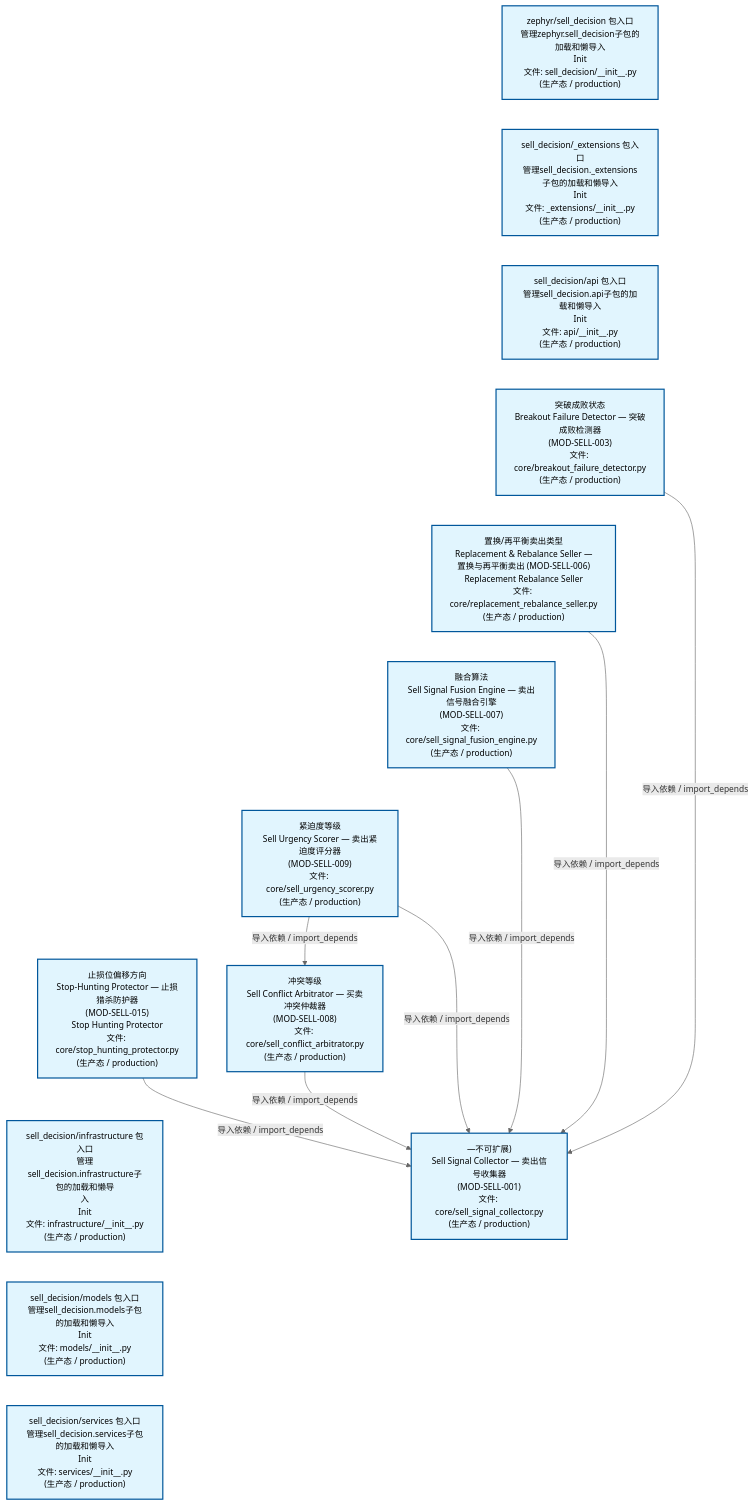
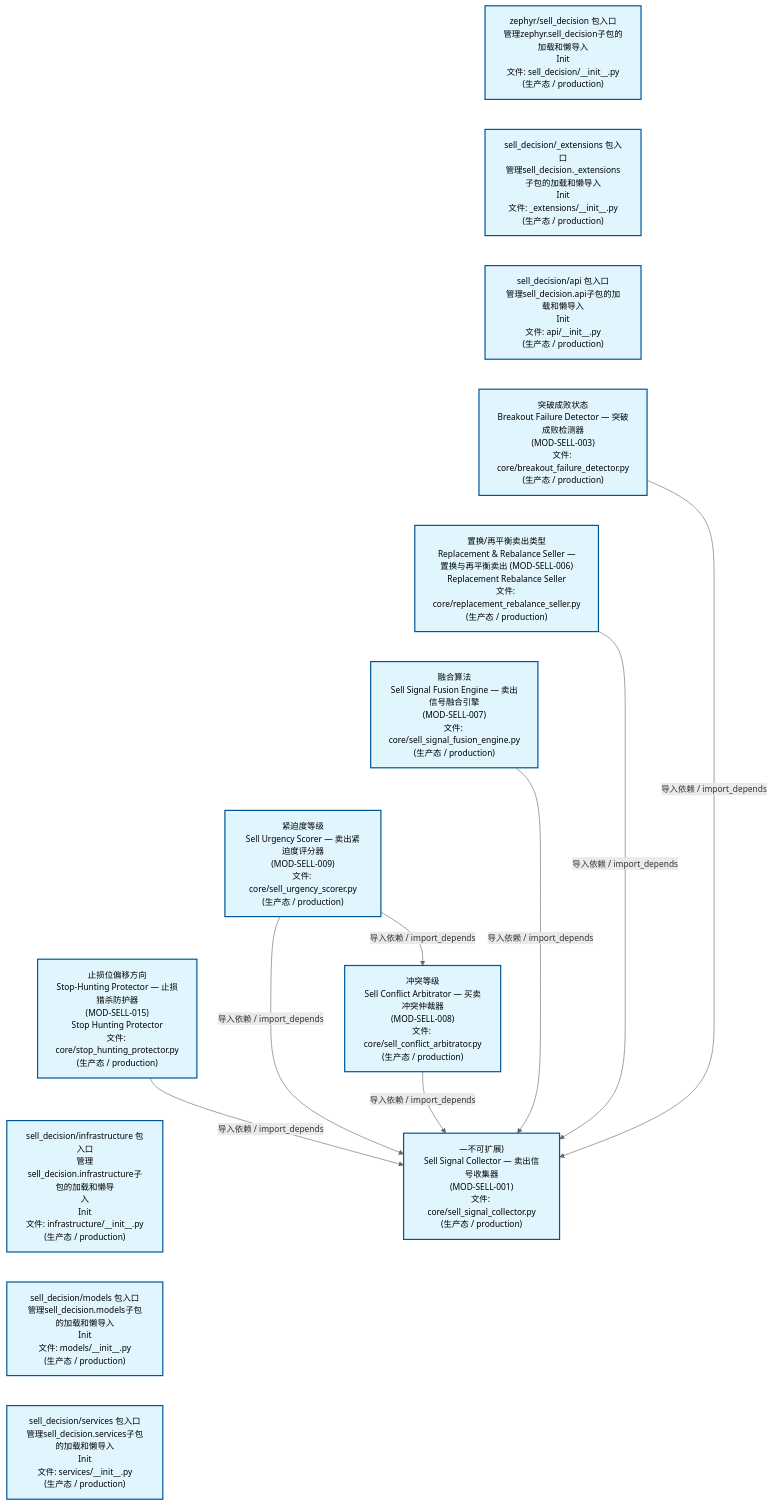
The second of 4 diagrams in docs/02_enterprise_architecture/02_domain_architecture_docs/67_d_sell_decision.md (xuanFelixVan/ZephyrAlpha), drawn with Mermaid before and after one commit. The commit also changed other lines of this file and 42 other files, not shown here.

````diff
--- a/docs/02_enterprise_architecture/02_domain_architecture_docs/67_d_sell_decision.md
+++ b/docs/02_enterprise_architecture/02_domain_architecture_docs/67_d_sell_decision.md
@@ -150,39 +150,39 @@
 ```mermaid
 %%{init: {'theme': 'base', 'themeVariables': {'primaryColor': '#eaeaea', 'primaryTextColor': '#333333', 'primaryBorderColor': '#666666', 'lineColor': '#666666', 'secondaryColor': '#eaeaea', 'tertiaryColor': '#eaeaea', 'fontSize': '14px'}}}%%
 flowchart TD
     src_zephyr_sell_decision_init_py["zephyr/sell_decision 包入口<br/>管理zephyr.sell_decision子包的加载和懒导入<br/>Init<br/>文件: sell_decision/__init__.py<br/>(生产态 / production)"]
     src_zephyr_sell_decision_extensions_init_py["sell_decision/_extensions 包入口<br/>管理sell_decision._extensions子包的加载和懒导入<br/>Init<br/>文件: _extensions/__init__.py<br/>(生产态 / production)"]
     src_zephyr_sell_decision_api_init_py["sell_decision/api 包入口<br/>管理sell_decision.api子包的加载和懒导入<br/>Init<br/>文件: api/__init__.py<br/>(生产态 / production)"]
     src_zephyr_sell_decision_core_breakout_failure_detector_py["突破成败状态<br/>Breakout Failure Detector — 突破成败检测器<br/>(MOD-SELL-003)<br/>文件: core/breakout_failure_detector.py<br/>(生产态 / production)"]
     src_zephyr_sell_decision_core_replacement_rebalance_seller_py["置换/再平衡卖出类型<br/>Replacement & Rebalance Seller —<br/>置换与再平衡卖出 (MOD-SELL-006)<br/>Replacement Rebalance Seller<br/>文件: core/replacement_rebalance_seller.py<br/>(生产态 / production)"]
     src_zephyr_sell_decision_core_sell_signal_fusion_engine_py["融合算法<br/>Sell Signal Fusion Engine — 卖出信号融合引擎<br/>(MOD-SELL-007)<br/>文件: core/sell_signal_fusion_engine.py<br/>(生产态 / production)"]
     src_zephyr_sell_decision_core_sell_urgency_scorer_py["紧迫度等级<br/>Sell Urgency Scorer — 卖出紧迫度评分器<br/>(MOD-SELL-009)<br/>文件: core/sell_urgency_scorer.py<br/>(生产态 / production)"]
     src_zephyr_sell_decision_core_stop_hunting_protector_py["止损位偏移方向<br/>Stop-Hunting Protector — 止损猎杀防护器<br/>(MOD-SELL-015)<br/>Stop Hunting Protector<br/>文件: core/stop_hunting_protector.py<br/>(生产态 / production)"]
     src_zephyr_sell_decision_infrastructure_init_py["sell_decision/infrastructure 包入口<br/>管理sell_decision.infrastructure子包的加载和懒导<br/>入<br/>Init<br/>文件: infrastructure/__init__.py<br/>(生产态 / production)"]
     src_zephyr_sell_decision_models_init_py["sell_decision/models 包入口<br/>管理sell_decision.models子包的加载和懒导入<br/>Init<br/>文件: models/__init__.py<br/>(生产态 / production)"]
     src_zephyr_sell_decision_services_init_py["sell_decision/services 包入口<br/>管理sell_decision.services子包的加载和懒导入<br/>Init<br/>文件: services/__init__.py<br/>(生产态 / production)"]
     src_zephyr_sell_decision_init_py ~~~ src_zephyr_sell_decision_extensions_init_py
     src_zephyr_sell_decision_extensions_init_py ~~~ src_zephyr_sell_decision_api_init_py
     src_zephyr_sell_decision_api_init_py ~~~ src_zephyr_sell_decision_core_breakout_failure_detector_py
     src_zephyr_sell_decision_core_breakout_failure_detector_py ~~~ src_zephyr_sell_decision_core_replacement_rebalance_seller_py
     src_zephyr_sell_decision_core_replacement_rebalance_seller_py ~~~ src_zephyr_sell_decision_core_sell_signal_fusion_engine_py
     src_zephyr_sell_decision_core_sell_signal_fusion_engine_py ~~~ src_zephyr_sell_decision_core_sell_urgency_scorer_py
     src_zephyr_sell_decision_core_sell_urgency_scorer_py ~~~ src_zephyr_sell_decision_core_stop_hunting_protector_py
     src_zephyr_sell_decision_core_stop_hunting_protector_py ~~~ src_zephyr_sell_decision_infrastructure_init_py
     src_zephyr_sell_decision_infrastructure_init_py ~~~ src_zephyr_sell_decision_models_init_py
     src_zephyr_sell_decision_models_init_py ~~~ src_zephyr_sell_decision_services_init_py
     src_zephyr_sell_decision_core_sell_conflict_arbitrator_py["冲突等级<br/>Sell Conflict Arbitrator — 买卖冲突仲裁器<br/>(MOD-SELL-008)<br/>文件: core/sell_conflict_arbitrator.py<br/>(生产态 / production)"]
     src_zephyr_sell_decision_core_sell_signal_collector_py["—不可扩展)<br/>Sell Signal Collector — 卖出信号收集器<br/>(MOD-SELL-001)<br/>文件: core/sell_signal_collector.py<br/>(生产态 / production)"]
-    src_zephyr_sell_decision_core_sell_conflict_arbitrator_py -->|导入依赖 / import_depends| src_zephyr_sell_decision_core_sell_signal_collector_py
     src_zephyr_sell_decision_core_breakout_failure_detector_py -->|导入依赖 / import_depends| src_zephyr_sell_decision_core_sell_signal_collector_py
     src_zephyr_sell_decision_core_replacement_rebalance_seller_py -->|导入依赖 / import_depends| src_zephyr_sell_decision_core_sell_signal_collector_py
+    src_zephyr_sell_decision_core_sell_signal_fusion_engine_py -->|导入依赖 / import_depends| src_zephyr_sell_decision_core_sell_signal_collector_py
+    src_zephyr_sell_decision_core_sell_conflict_arbitrator_py -->|导入依赖 / import_depends| src_zephyr_sell_decision_core_sell_signal_collector_py
+    src_zephyr_sell_decision_core_sell_urgency_scorer_py -->|导入依赖 / import_depends| src_zephyr_sell_decision_core_sell_signal_collector_py
     src_zephyr_sell_decision_core_sell_urgency_scorer_py -->|导入依赖 / import_depends| src_zephyr_sell_decision_core_sell_conflict_arbitrator_py
-    src_zephyr_sell_decision_core_sell_urgency_scorer_py -->|导入依赖 / import_depends| src_zephyr_sell_decision_core_sell_signal_collector_py
-    src_zephyr_sell_decision_core_sell_signal_fusion_engine_py -->|导入依赖 / import_depends| src_zephyr_sell_decision_core_sell_signal_collector_py
     src_zephyr_sell_decision_core_stop_hunting_protector_py -->|导入依赖 / import_depends| src_zephyr_sell_decision_core_sell_signal_collector_py
     classDef production fill:#e1f5fe,stroke:#01579b,stroke-width:2px,color:#000
     classDef design fill:#fff3e0,stroke:#e65100,stroke-width:2px,color:#000,stroke-dasharray: 5 5
     classDef external_prod fill:#e8f4fd,stroke:#0277bd,stroke-width:1px,color:#000
     classDef external_design fill:#fff8e7,stroke:#ef6c00,stroke-width:1px,color:#000,stroke-dasharray: 5 5
     class src_zephyr_sell_decision_init_py,src_zephyr_sell_decision_extensions_init_py,src_zephyr_sell_decision_api_init_py,src_zephyr_sell_decision_core_breakout_failure_detector_py,src_zephyr_sell_decision_core_replacement_rebalance_seller_py,src_zephyr_sell_decision_core_sell_conflict_arbitrator_py,src_zephyr_sell_decision_core_sell_signal_collector_py,src_zephyr_sell_decision_core_sell_signal_fusion_engine_py,src_zephyr_sell_decision_core_sell_urgency_scorer_py,src_zephyr_sell_decision_core_stop_hunting_protector_py,src_zephyr_sell_decision_infrastructure_init_py,src_zephyr_sell_decision_models_init_py,src_zephyr_sell_decision_services_init_py production
 ```
````
